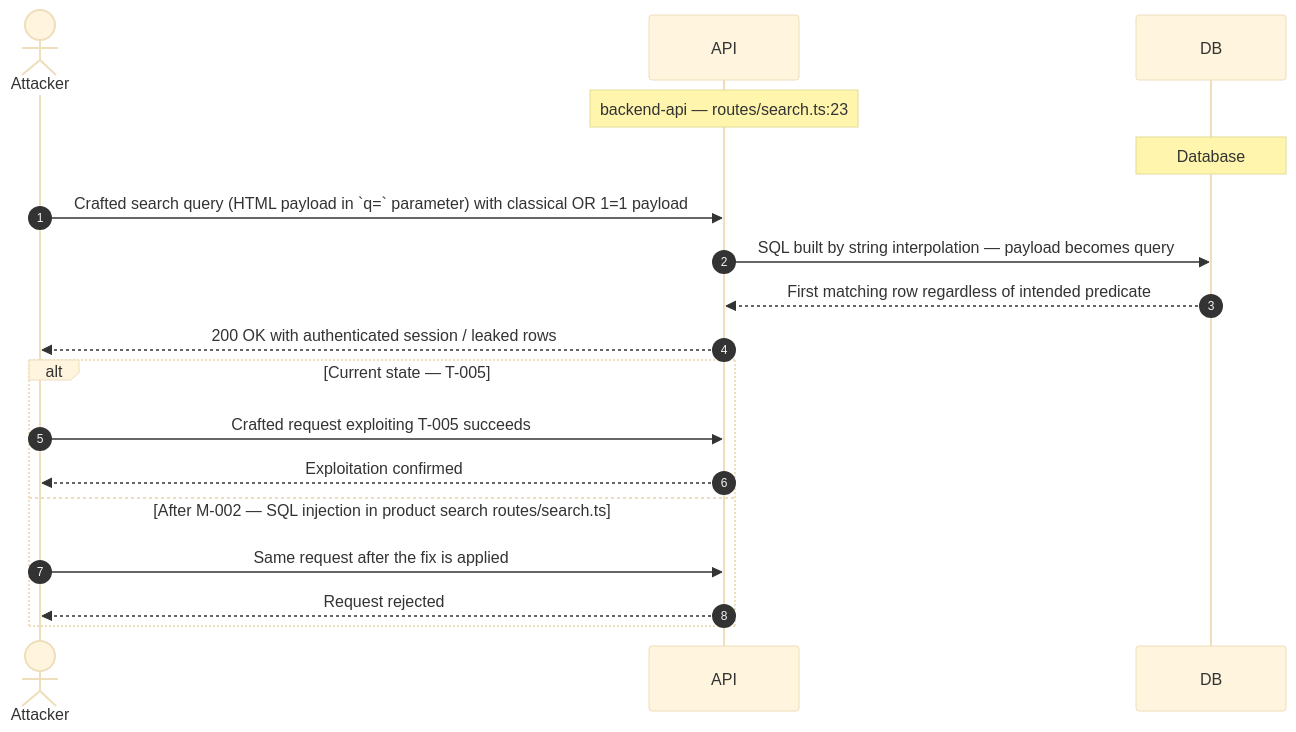
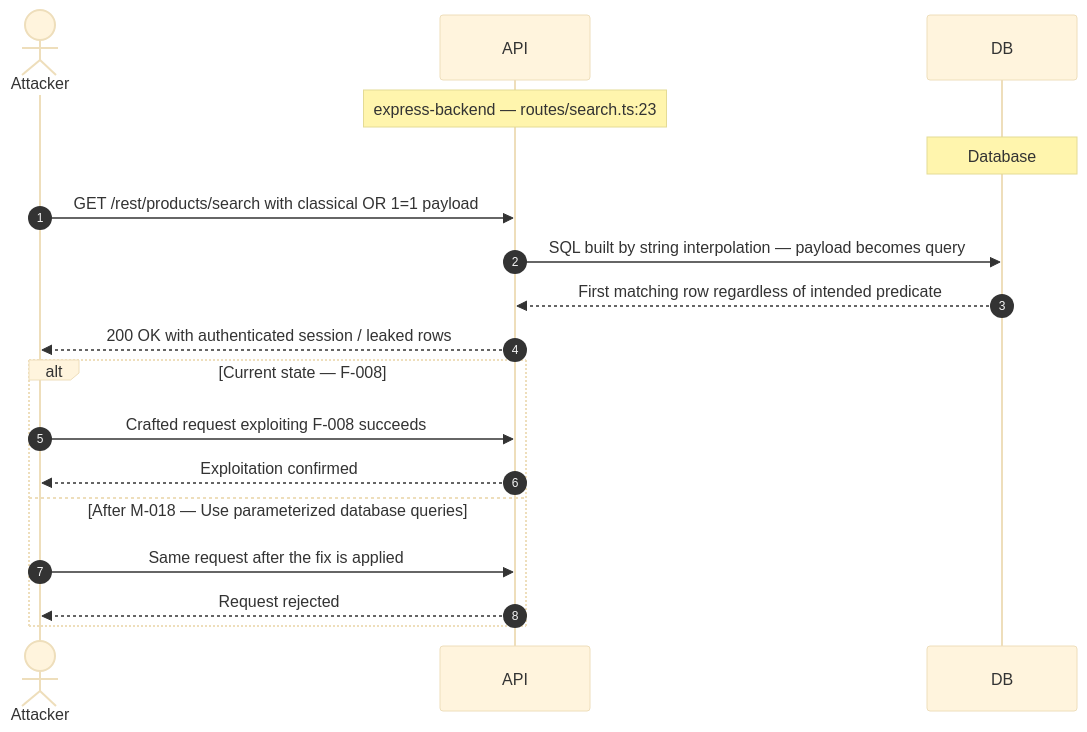
One commit to appsec-foundry/appsec-advisor changed the sixth of 12 diagrams in tests/fixtures/e2e/_repair-run/.fragments/_chain-skeleton.md. Above: the diagram before and after it, drawn with Mermaid (base theme). The commit also changed other lines of this file and 184 other files, not shown here.

````diff
--- a/tests/fixtures/e2e/_repair-run/.fragments/_chain-skeleton.md
+++ b/tests/fixtures/e2e/_repair-run/.fragments/_chain-skeleton.md
@@ -179,20 +215,20 @@
 ```mermaid
 sequenceDiagram
     autonumber
     actor Attacker
     participant API
     participant DB
-    Note over API: backend-api — routes/search.ts:23
+    Note over API: express-backend — routes/search.ts:23
     Note over DB: Database
-    Attacker->>API: Crafted search query (HTML payload in `q=` parameter) with classical OR 1=1 payload
+    Attacker->>API: GET /rest/products/search with classical OR 1=1 payload
     API->>DB: SQL built by string interpolation — payload becomes query
     DB-->>API: First matching row regardless of intended predicate
     API-->>Attacker: 200 OK with authenticated session / leaked rows
-    alt Current state — T-005
-        Attacker->>API: Crafted request exploiting T-005 succeeds
+    alt Current state — F-008
+        Attacker->>API: Crafted request exploiting F-008 succeeds
         API-->>Attacker: Exploitation confirmed
-    else After M-002 — SQL injection in product search routes/search.ts
+    else After M-018 — Use parameterized database queries
         Attacker->>API: Same request after the fix is applied
         API-->>Attacker: Request rejected
     end
 ```
````
